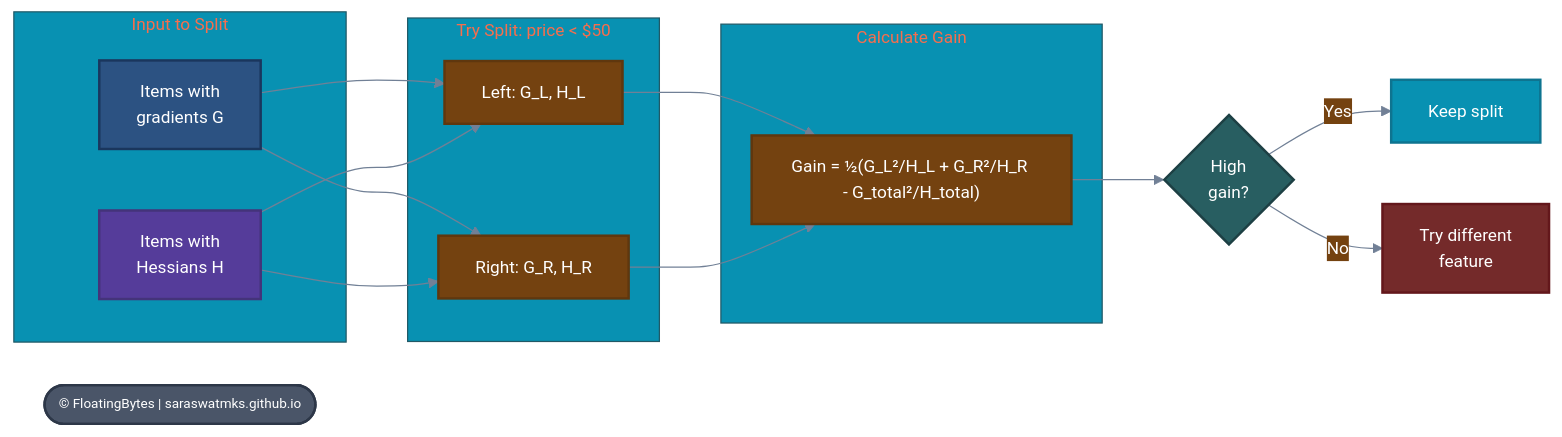
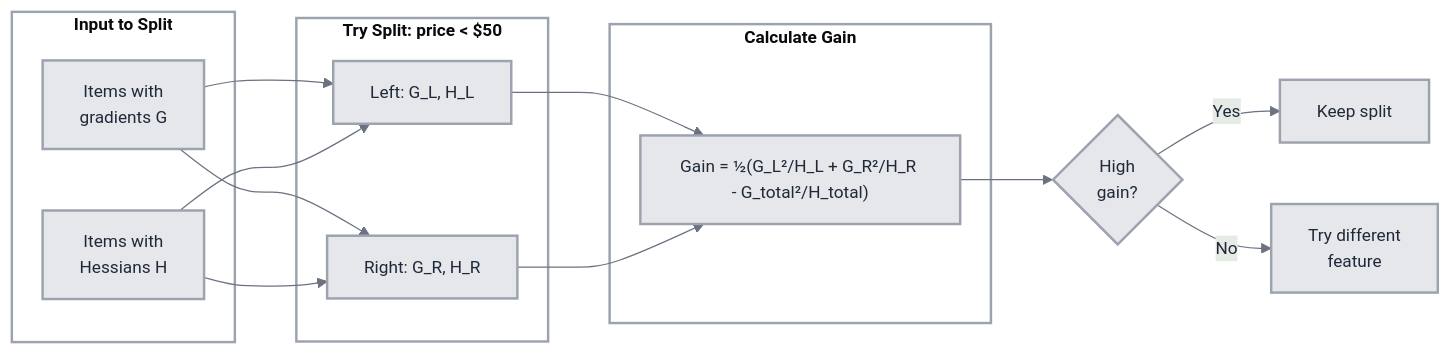
One commit to saraswatmks/saraswatmks.github.com changed the fourth of 4 diagrams in _posts/2026/2026-02-07-lightgbm_pairwise_lambdarank.md. Above: the diagram before and after it, drawn with Mermaid. The commit also changed other lines of this file, not shown here.

Commit message:
Final Mermaid diagram cleanup: remove emojis, add grey background

````diff
--- a/_posts/2026/2026-02-07-lightgbm_pairwise_lambdarank.md
+++ b/_posts/2026/2026-02-07-lightgbm_pairwise_lambdarank.md
@@ -319,53 +313,52 @@
 ```mermaid
 %%{init: {
   'theme': 'base',
   'themeVariables': {
-    'primaryColor': '#2C5282',
-    'primaryTextColor': '#FFFFFF',
-    'primaryBorderColor': '#1A365D',
-    'lineColor': '#718096',
-    'secondaryColor': '#744210',
-    'tertiaryColor': '#0891B2',
+    'primaryColor': '#E5E7EB',
+    'primaryTextColor': '#1F2937',
+    'primaryBorderColor': '#9CA3AF',
+    'lineColor': '#6B7280',
     'fontSize': '14px',
-    'fontFamily': 'system-ui, -apple-system, sans-serif'
+    'fontFamily': 'system-ui, -apple-system, sans-serif',
+    'background': '#F3F4F6'
   }
 }}%%
 
 graph LR
-    subgraph Input["Input to Split"]
+    subgraph Input["<b>Input to Split</b>"]
         A[Items with<br/>gradients G]
         B[Items with<br/>Hessians H]
     end
 
-    subgraph Split["Try Split: price < $50"]
+    subgraph Split["<b>Try Split: price < $50</b>"]
         C[Left: G_L, H_L]
         D[Right: G_R, H_R]
     end
 
-    subgraph Gain["Calculate Gain"]
+    subgraph Gain["<b>Calculate Gain</b>"]
         E["Gain = ½(G_L²/H_L + G_R²/H_R - G_total²/H_total)"]
     end
 
     A --> C
     A --> D
     B --> C
     B --> D
     C --> E
     D --> E
     E --> F{High<br/>gain?}
     F -->|Yes| G[Keep split]
     F -->|No| H[Try different<br/>feature]
 
-    WM(["© FloatingBytes | saraswatmks.github.io"])
-
-    style A fill:#2C5282,stroke:#1A365D,stroke-width:2px,color:#FFFFFF
-    style B fill:#553C9A,stroke:#44337A,stroke-width:2px,color:#FFFFFF
-    style C fill:#744210,stroke:#5F370E,stroke-width:2px,color:#FFFFFF
-    style D fill:#744210,stroke:#5F370E,stroke-width:2px,color:#FFFFFF
-    style E fill:#744210,stroke:#5F370E,stroke-width:2px,color:#FFFFFF
-    style F fill:#285E61,stroke:#1D4044,stroke-width:2px,color:#FFFFFF
-    style G fill:#0891B2,stroke:#0E7490,stroke-width:2px,color:#FFFFFF
-    style H fill:#742A2A,stroke:#63171B,stroke-width:2px,color:#FFFFFF
-    style WM fill:#4A5568,stroke:#2D3748,stroke-width:2px,color:#FFFFFF,font-size:11px
+    style A fill:#E5E7EB,stroke:#9CA3AF,stroke-width:2px,color:#1F2937
+    style B fill:#E5E7EB,stroke:#9CA3AF,stroke-width:2px,color:#1F2937
+    style C fill:#E5E7EB,stroke:#9CA3AF,stroke-width:2px,color:#1F2937
+    style D fill:#E5E7EB,stroke:#9CA3AF,stroke-width:2px,color:#1F2937
+    style E fill:#E5E7EB,stroke:#9CA3AF,stroke-width:2px,color:#1F2937
+    style F fill:#E5E7EB,stroke:#9CA3AF,stroke-width:2px,color:#1F2937
+    style G fill:#E5E7EB,stroke:#9CA3AF,stroke-width:2px,color:#1F2937
+    style H fill:#E5E7EB,stroke:#9CA3AF,stroke-width:2px,color:#1F2937
+    style Input fill:#FFFFFF,stroke:#9CA3AF,stroke-width:2px
+    style Split fill:#FFFFFF,stroke:#9CA3AF,stroke-width:2px
+    style Gain fill:#FFFFFF,stroke:#9CA3AF,stroke-width:2px
 
 ```
````
